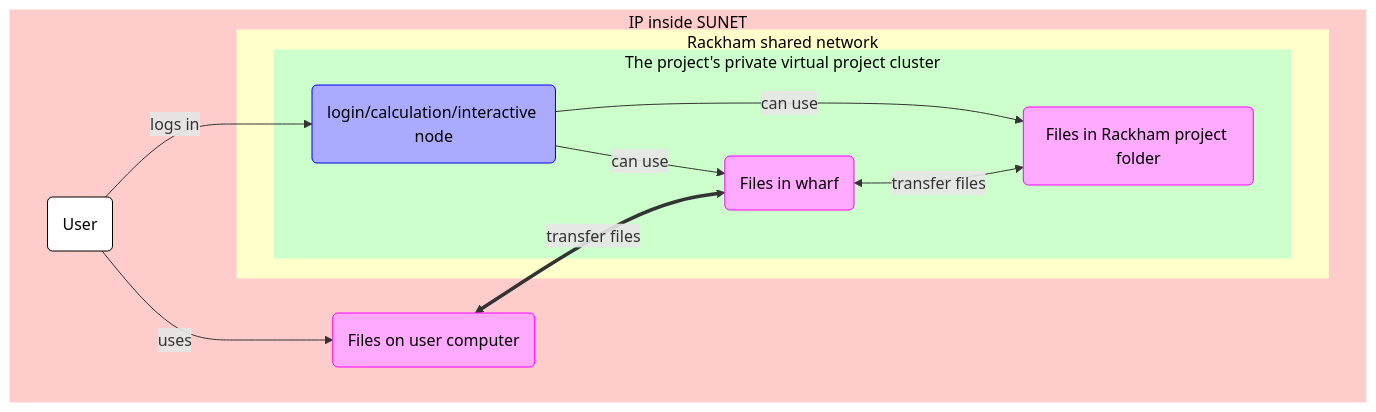
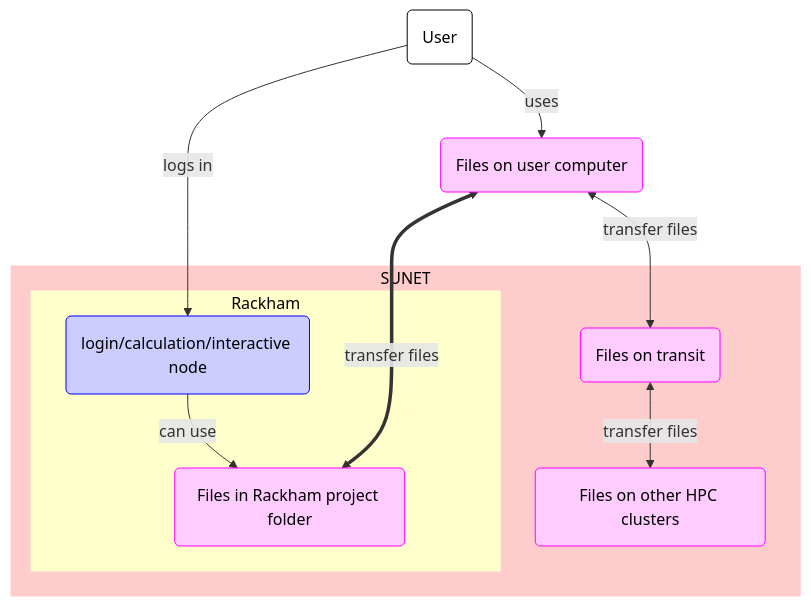
Before and after one commit to UPPMAX/UPPMAX-documentation: the first of 2 diagrams in docs/cluster_guides/rackham_file_transfer_using_gui.md, drawn with Mermaid. The commit also changed other lines of this file, not shown here.

Commit message:
Correct folder when doing file transfer to/from Rackham

````diff
--- a/docs/cluster_guides/rackham_file_transfer_using_gui.md
+++ b/docs/cluster_guides/rackham_file_transfer_using_gui.md
@@ -21,39 +16,34 @@
 ```mermaid
 flowchart TD
 
     %% Give a white background to all nodes, instead of a transparent one
     classDef node fill:#fff,color:#000,stroke:#000
 
     %% Graph nodes for files and calculations
-    classDef file_node fill:#faf,color:#000,stroke:#f0f
-    classDef calculation_node fill:#aaf,color:#000,stroke:#00f
+    classDef file_node fill:#fcf,color:#000,stroke:#f0f
+    classDef calculation_node fill:#ccf,color:#000,stroke:#00f
 
-    subgraph sub_inside[IP inside SUNET]
-      subgraph sub_rackham_shared_env[Rackham shared network]
-        subgraph sub_rackham_private_env[The project's private virtual project cluster]
+    user(User)
+      user_local_files(Files on user computer):::file_node
+
+    subgraph sub_inside[SUNET]
+      subgraph sub_rackham_shared_env[Rackham]
           login_node(login/calculation/interactive node):::calculation_node
-          files_in_wharf(Files in wharf):::file_node
           files_in_rackham_project(Files in Rackham project folder):::file_node
-        end
       end
-      user(User)
-      user_local_files(Files on user computer):::file_node
+      files_on_transit(Files on transit):::file_node
+      files_on_other_clusters(Files on other HPC clusters):::file_node
     end
 
     %% Shared subgraph color scheme
     %% style sub_outside fill:#ccc,color:#000,stroke:#ccc
     style sub_inside fill:#fcc,color:#000,stroke:#fcc
     style sub_rackham_shared_env fill:#ffc,color:#000,stroke:#ffc
-    style sub_rackham_private_env fill:#cfc,color:#000,stroke:#cfc
 
     user --> |logs in |login_node
     user --> |uses| user_local_files
-
-    %% As of 2023-12-22, using `**text**` for bold face, does not render correctly
-    %% user_local_files <== "`**transfer files**`" ==> files_in_wharf
-    user_local_files <== "transfer files" ==> files_in_wharf
-
+    user_local_files <--> |transfer files|files_on_transit
+    files_on_transit <--> |transfer files|files_on_other_clusters
     login_node --> |can use|files_in_rackham_project
-    login_node --> |can use|files_in_wharf
-    files_in_wharf <--> |transfer files| files_in_rackham_project
+    user_local_files <==> |transfer files|files_in_rackham_project
 ```
````
